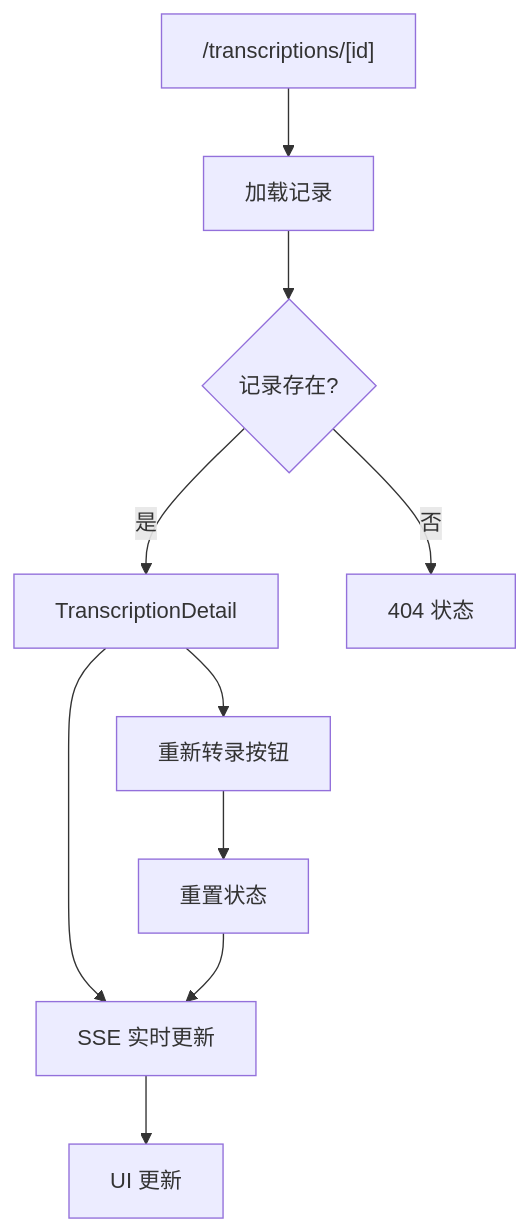
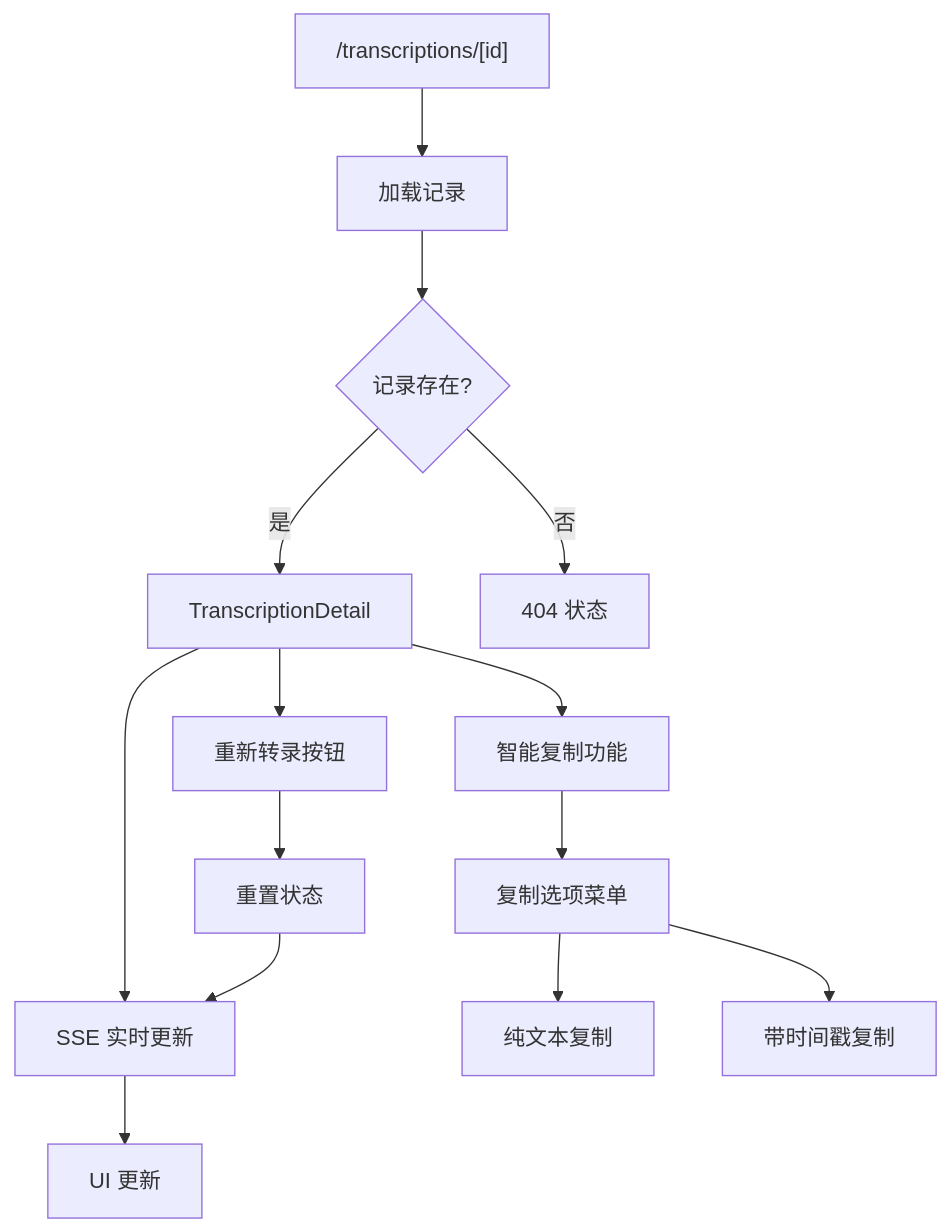
Diagram 14 of 17 in .qoder/repowiki/zh/content/UI 组件系统/UI 组件系统.md (clawbotai/memo-flow), drawn with Mermaid before and after one commit. The commit also changed other lines of this file and 5 other files, not shown here.

````diff
--- a/.qoder/repowiki/zh/content/UI 组件系统/UI 组件系统.md
+++ b/.qoder/repowiki/zh/content/UI 组件系统/UI 组件系统.md
@@ -717,12 +719,16 @@
 ```mermaid
 flowchart TD
 Route["/transcriptions/[id]"] --> Load["加载记录"]
 Load --> Exists{"记录存在?"}
 Exists --> |是| Detail["TranscriptionDetail"]
 Exists --> |否| NotFound["404 状态"]
 Detail --> Live["SSE 实时更新"]
 Detail --> Retranscribe["重新转录按钮"]
+Detail --> SmartCopy["智能复制功能"]
 Live --> Update["UI 更新"]
 Retranscribe --> Reset["重置状态"]
 Reset --> Live
+SmartCopy --> CopyOptions["复制选项菜单"]
+CopyOptions --> PlainText["纯文本复制"]
+CopyOptions --> WithTimestamp["带时间戳复制"]
 ```
````
